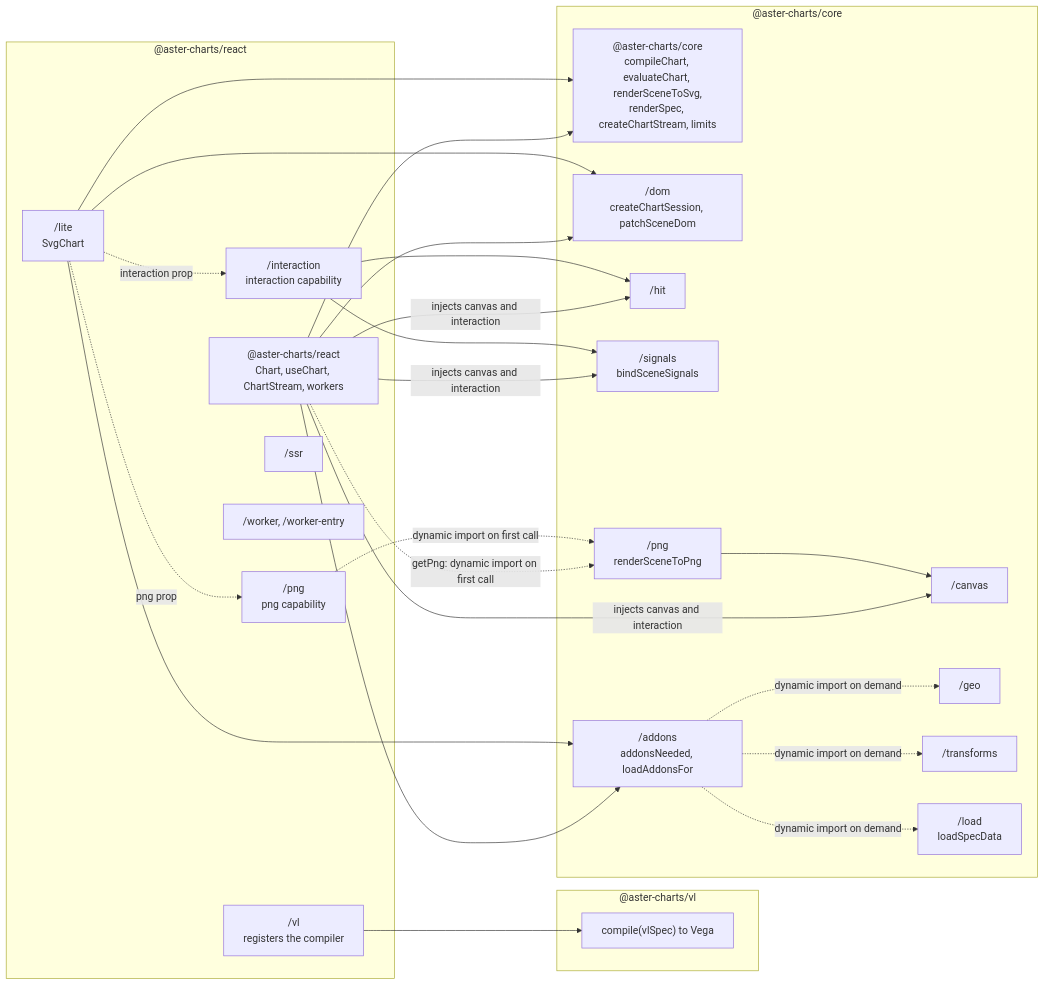
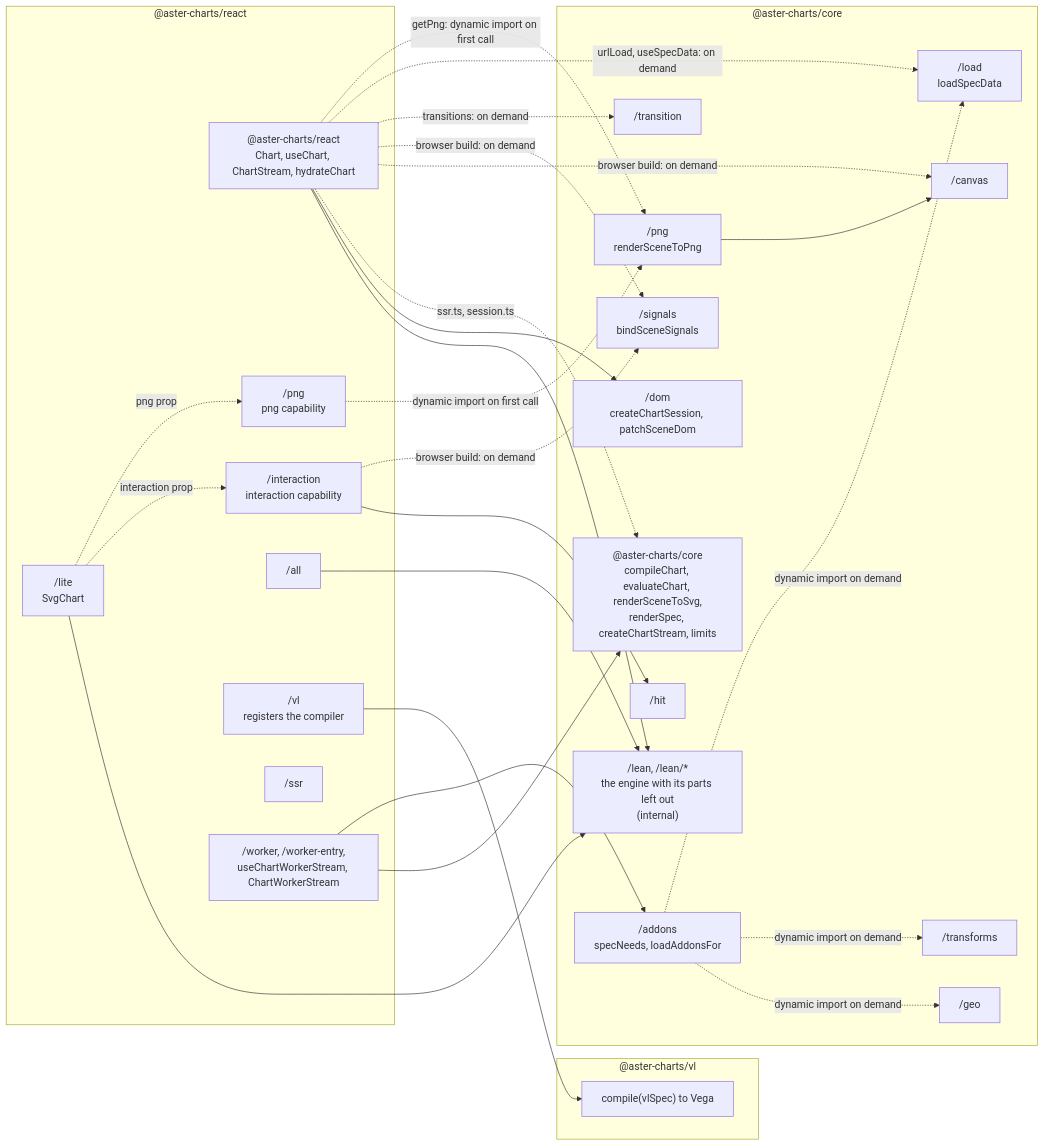
Before and after one commit to mgilbir/aster-react: the first of 3 diagrams in docs/ARCHITECTURE.md, drawn with Mermaid. The commit also changed other lines of this file and 37 other files, not shown here.

````diff
--- a/docs/ARCHITECTURE.md
+++ b/docs/ARCHITECTURE.md
@@ -21,38 +21,48 @@
 ```mermaid
 flowchart LR
   subgraph vl["@aster-charts/vl"]
     VLC["compile(vlSpec) to Vega"]
   end
   subgraph core["@aster-charts/core"]
     C0["@aster-charts/core<br/>compileChart, evaluateChart, renderSceneToSvg,<br/>renderSpec, createChartStream, limits"]
+    LEAN["/lean, /lean/*<br/>the engine with its parts left out<br/>(internal)"]
     DOM["/dom<br/>createChartSession, patchSceneDom"]
     CAN["/canvas"]
     HIT["/hit"]
     SIG["/signals<br/>bindSceneSignals"]
-    ADD["/addons<br/>addonsNeeded, loadAddonsFor"]
+    ADD["/addons<br/>specNeeds, loadAddonsFor"]
     GEO["/geo"]
     TRX["/transforms"]
     LOAD["/load<br/>loadSpecData"]
     PNG["/png<br/>renderSceneToPng"]
+    TRN["/transition"]
   end
   subgraph react["@aster-charts/react"]
-    R0["@aster-charts/react<br/>Chart, useChart, ChartStream, workers"]
+    R0["@aster-charts/react<br/>Chart, useChart, ChartStream, hydrateChart"]
     LITE["/lite<br/>SvgChart"]
     INT["/interaction<br/>interaction capability"]
     PNGR["/png<br/>png capability"]
+    ALL["/all"]
     RVL["/vl<br/>registers the compiler"]
     SSR["/ssr"]
-    WK["/worker, /worker-entry"]
+    WK["/worker, /worker-entry,<br/>useChartWorkerStream, ChartWorkerStream"]
   end
-  R0 --> C0 & DOM & ADD
-  R0 -- "injects canvas and interaction" --> CAN & HIT & SIG
-  LITE --> C0 & DOM & ADD
-  INT --> HIT & SIG
+  R0 --> LEAN
+  LITE --> LEAN
+  R0 --> DOM
+  R0 -. "ssr.ts, session.ts" .-> C0
+  WK --> C0 & ADD
+  R0 -. "browser build: on demand" .-> CAN & SIG
+  R0 -. "transitions: on demand" .-> TRN
+  R0 -. "urlLoad, useSpecData: on demand" .-> LOAD
+  INT --> HIT
+  INT -. "browser build: on demand" .-> SIG
   LITE -. "interaction prop" .-> INT
   LITE -. "png prop" .-> PNGR
   R0 -. "getPng: dynamic import on first call" .-> PNG
   PNGR -. "dynamic import on first call" .-> PNG
   PNG --> CAN
+  ALL --> LEAN
   RVL --> VLC
   ADD -. "dynamic import on demand" .-> GEO & TRX & LOAD
 ```
````
